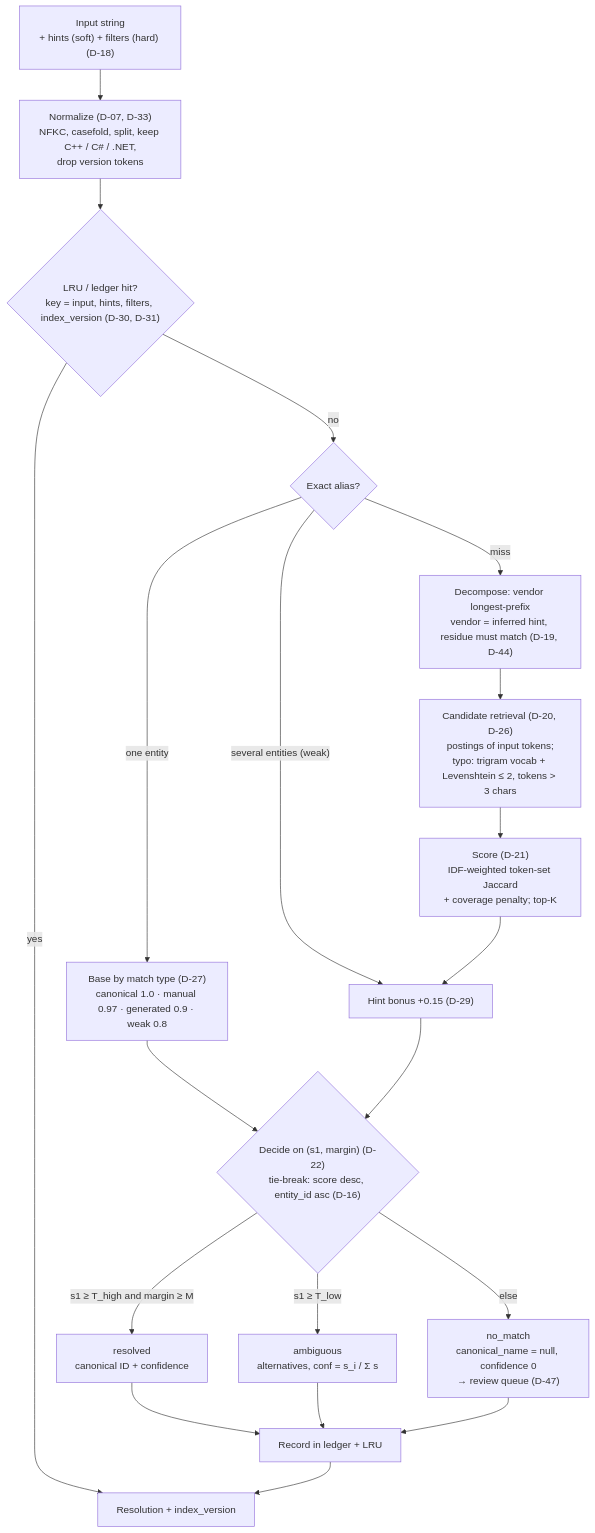
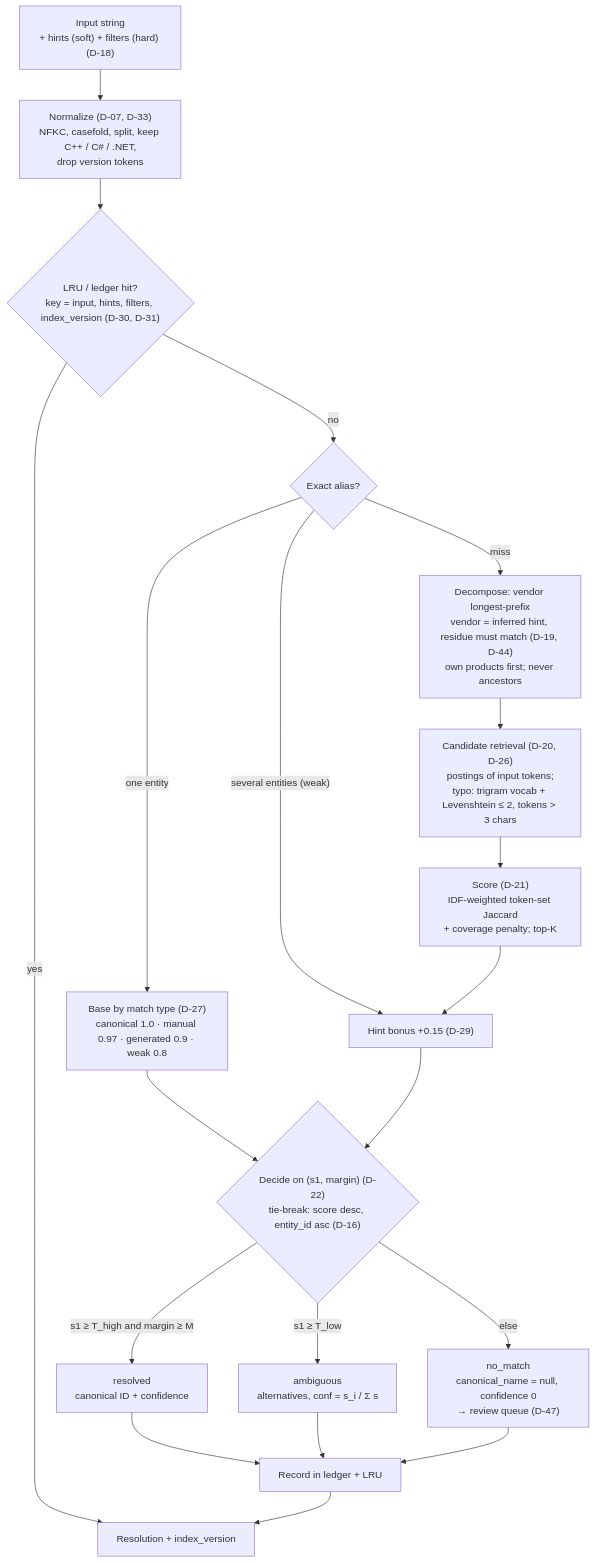
The diagram in challange/docs/resolve-flow.md (ofekisr/technology-entity-disambiguation-challenge), drawn with Mermaid before and after one commit. The commit also changed 1 other file, not shown here.

Commit message:
fix(diagram): add replay step and sub-vendor rule

````diff
--- a/challange/docs/resolve-flow.md
+++ b/challange/docs/resolve-flow.md
@@ -6,22 +6,22 @@
 ```mermaid
 flowchart TD
     IN["Input string<br/>+ hints (soft) + filters (hard) (D-18)"] --> NORM["Normalize (D-07, D-33)<br/>NFKC, casefold, split, keep C++ / C# / .NET,<br/>drop version tokens"]
     NORM --> CACHE{"LRU / ledger hit?<br/>key = input, hints, filters, index_version (D-30, D-31)"}
     CACHE -->|yes| OUT
     CACHE -->|no| EXACT{"Exact alias?"}
     EXACT -->|"one entity"| BASE["Base by match type (D-27)<br/>canonical 1.0 · manual 0.97 · generated 0.9 · weak 0.8"]
     EXACT -->|"several entities (weak)"| HINTS["Hint bonus +0.15 (D-29)"]
-    EXACT -->|miss| DEC["Decompose: vendor longest-prefix<br/>vendor = inferred hint, residue must match (D-19, D-44)"]
+    EXACT -->|miss| DEC["Decompose: vendor longest-prefix<br/>vendor = inferred hint, residue must match (D-19, D-44)<br/>own products first; never ancestors"]
     DEC --> CAND["Candidate retrieval (D-20, D-26)<br/>postings of input tokens;<br/>typo: trigram vocab + Levenshtein ≤ 2, tokens > 3 chars"]
     CAND --> SCORE["Score (D-21)<br/>IDF-weighted token-set Jaccard<br/>+ coverage penalty; top-K"]
     SCORE --> HINTS
     BASE --> DECIDE
     HINTS --> DECIDE{"Decide on (s1, margin) (D-22)<br/>tie-break: score desc, entity_id asc (D-16)"}
     DECIDE -->|"s1 ≥ T_high and margin ≥ M"| RESOLVED["resolved<br/>canonical ID + confidence"]
     DECIDE -->|"s1 ≥ T_low"| AMB["ambiguous<br/>alternatives, conf = s_i / Σ s"]
     DECIDE -->|"else"| NOM["no_match<br/>canonical_name = null, confidence 0<br/>→ review queue (D-47)"]
     RESOLVED --> REC["Record in ledger + LRU"]
     AMB --> REC
     NOM --> REC
     REC --> OUT["Resolution + index_version"]
 ```
````
